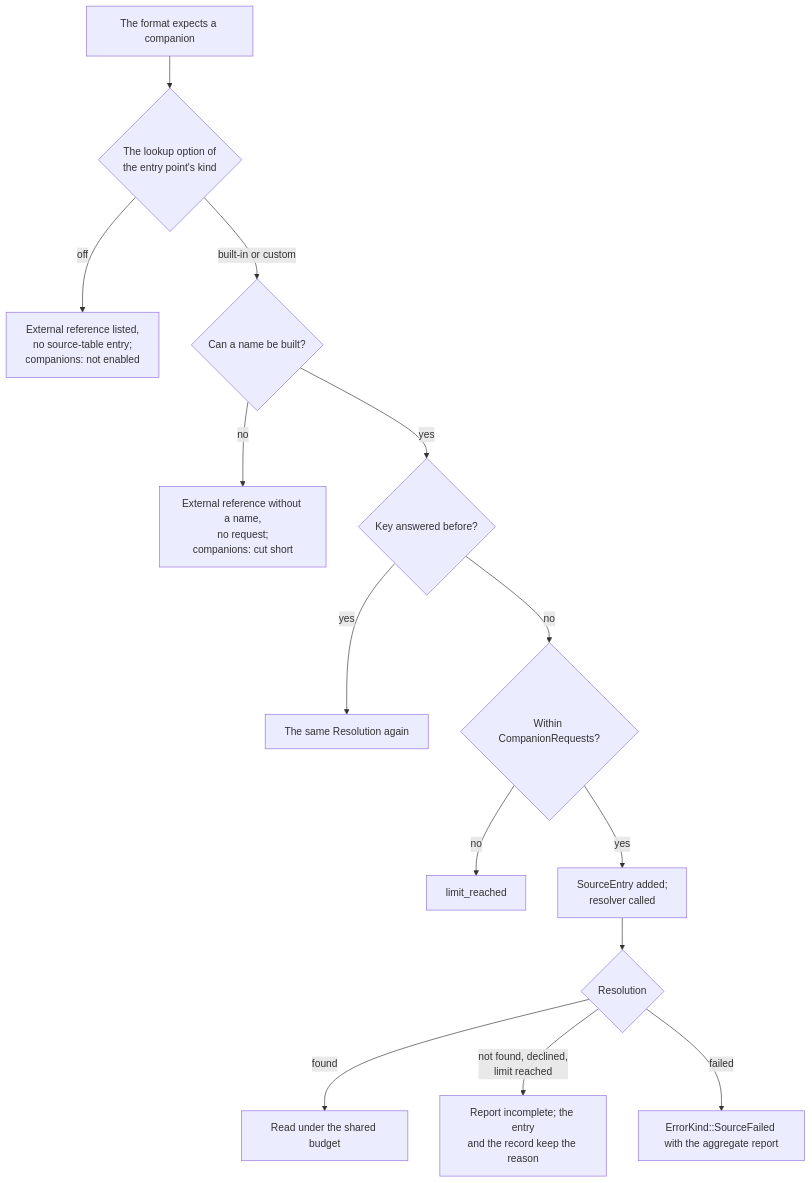
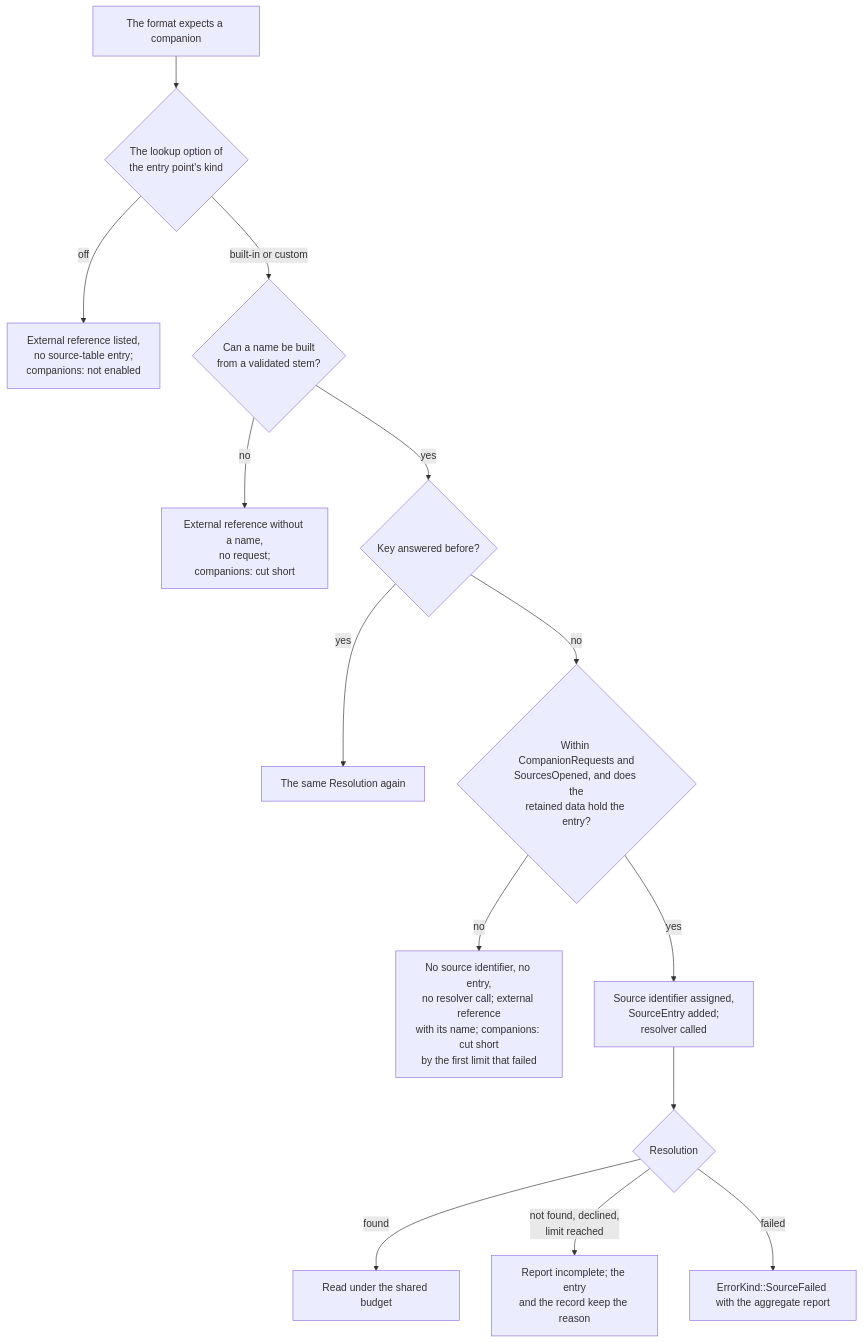
Before and after one commit to caoccao/cc-media-probe: the second of 2 diagrams in docs/design/api.md, drawn with Mermaid. The commit also changed other lines of this file and 75 other files, not shown here.

````diff
--- a/docs/design/api.md
+++ b/docs/design/api.md
@@ -1180,16 +1328,16 @@
 ```mermaid
 flowchart TD
   X["The format expects a companion"] --> EN{"The lookup option of<br/>the entry point's kind"}
   EN -->|off| NE["External reference listed,<br/>no source-table entry;<br/>companions: not enabled"]
-  EN -->|"built-in or custom"| NM{"Can a name be built?"}
+  EN -->|"built-in or custom"| NM{"Can a name be built<br/>from a validated stem?"}
   NM -->|no| NN["External reference without a name,<br/>no request;<br/>companions: cut short"]
   NM -->|yes| K{"Key answered before?"}
   K -->|yes| SAME["The same Resolution again"]
-  K -->|no| LIM{"Within CompanionRequests?"}
-  LIM -->|no| LR["limit_reached"]
-  LIM -->|yes| REQ["SourceEntry added;<br/>resolver called"]
+  K -->|no| LIM{"Within CompanionRequests and<br/>SourcesOpened, and does the<br/>retained data hold the entry?"}
+  LIM -->|no| LR["No source identifier, no entry,<br/>no resolver call; external reference<br/>with its name; companions: cut short<br/>by the first limit that failed"]
+  LIM -->|yes| REQ["Source identifier assigned,<br/>SourceEntry added;<br/>resolver called"]
   REQ --> RES{"Resolution"}
   RES -->|found| READ["Read under the shared budget"]
   RES -->|"not found, declined,<br/>limit reached"| INC["Report incomplete; the entry<br/>and the record keep the reason"]
   RES -->|failed| ERR["ErrorKind::SourceFailed with the aggregate report"]
 ```
````
